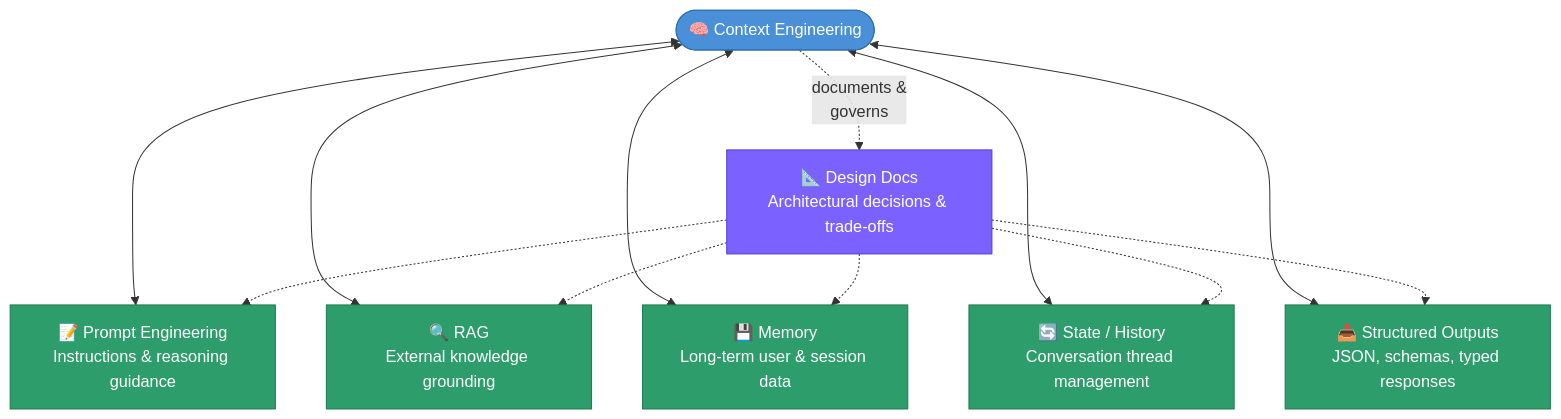
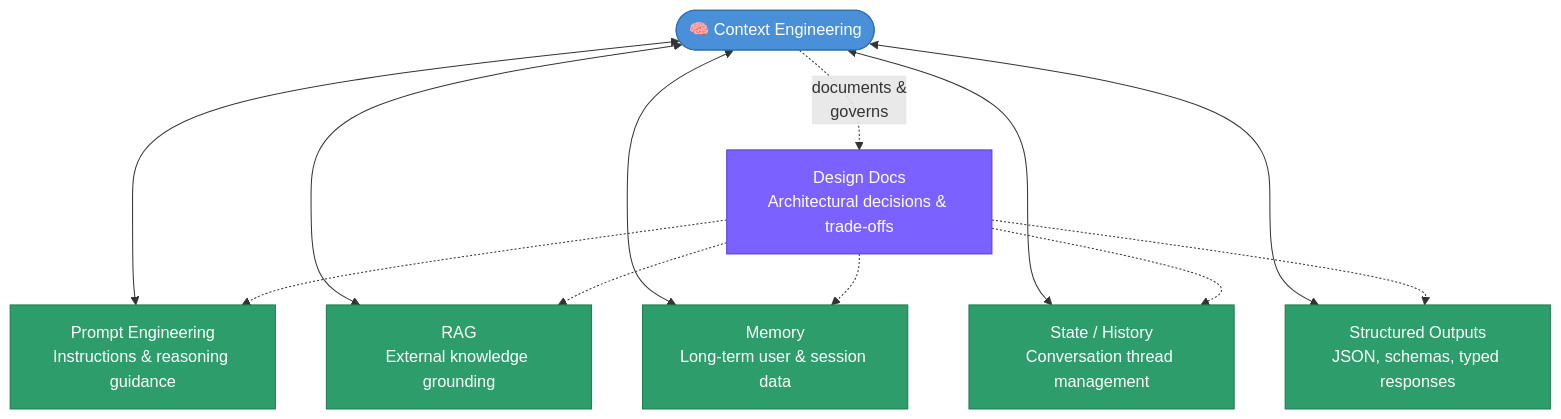
One commit to gil-son/language-ai-engineering-lab changed the second of 2 diagrams in 07-Context-Engineering/README.md. Above: the diagram before and after it, drawn with Mermaid. The commit also changed other lines of this file, not shown here.

````diff
--- a/07-Context-Engineering/README.md
+++ b/07-Context-Engineering/README.md
@@ -76,32 +76,32 @@
 ```mermaid
 graph TD
     CE(["🧠 Context Engineering"])
 
-    PE["📝 Prompt Engineering\nInstructions & reasoning guidance"]
-    RAG["🔍 RAG\nExternal knowledge grounding"]
-    MEM["💾 Memory\nLong-term user & session data"]
-    SH["🔄 State / History\nConversation thread management"]
-    SO["📤 Structured Outputs\nJSON, schemas, typed responses"]
-    DD["📐 Design Docs\nArchitectural decisions & trade-offs"]
+    PE["Prompt Engineering\nInstructions & reasoning guidance"]
+    RAG["RAG\nExternal knowledge grounding"]
+    MEM["Memory\nLong-term user & session data"]
+    SH["State / History\nConversation thread management"]
+    SO["Structured Outputs\nJSON, schemas, typed responses"]
+    DD["Design Docs\nArchitectural decisions & trade-offs"]
 
     CE <--> PE
     CE <--> RAG
     CE <--> MEM
     CE <--> SH
     CE <--> SO
     CE -.->|"documents &\ngoverns"| DD
 
     DD -.-> PE
     DD -.-> RAG
     DD -.-> MEM
     DD -.-> SH
     DD -.-> SO
 
     style CE fill:#4A90D9,color:#fff,stroke:#2c6fad
     style DD fill:#7B61FF,color:#fff,stroke:#5a3fd4
     style PE fill:#2D9E6B,color:#fff,stroke:#1e7a50
     style RAG fill:#2D9E6B,color:#fff,stroke:#1e7a50
     style MEM fill:#2D9E6B,color:#fff,stroke:#1e7a50
     style SH fill:#2D9E6B,color:#fff,stroke:#1e7a50
     style SO fill:#2D9E6B,color:#fff,stroke:#1e7a50
 ```
````
